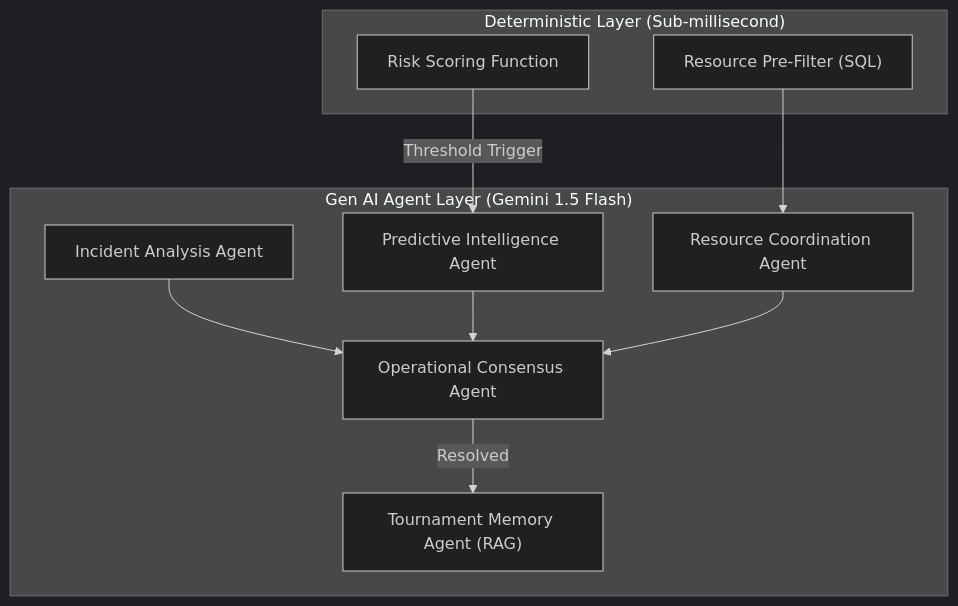
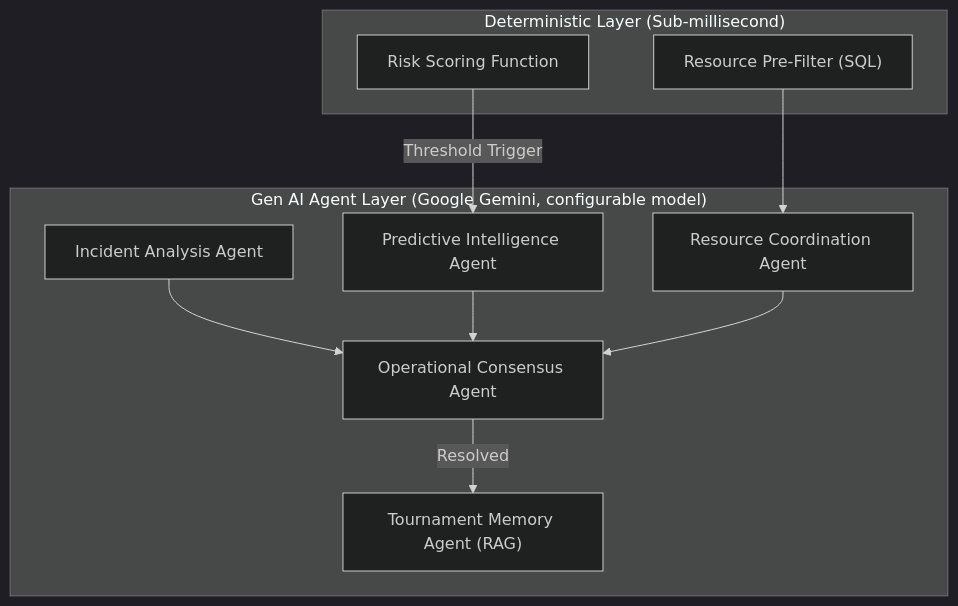
Before and after one commit to JENX-5/StadiumPulse: the second of 2 diagrams in README.md, drawn with Mermaid (dark theme). The commit also changed other lines of this file, not shown here.

````diff
--- a/README.md
+++ b/README.md
@@ -113,22 +142,22 @@
 ```mermaid
 flowchart TB
     subgraph Deterministic["Deterministic Layer (Sub-millisecond)"]
         SCORER["Risk Scoring Function"]
         FILTER["Resource Pre-Filter (SQL)"]
     end
 
-    subgraph LLMAgents["Gen AI Agent Layer (Gemini 1.5 Flash)"]
+    subgraph LLMAgents["Gen AI Agent Layer (Google Gemini, configurable model)"]
         PIA["Predictive Intelligence Agent"]
         IAA["Incident Analysis Agent"]
         RCA["Resource Coordination Agent"]
         OCA["Operational Consensus Agent"]
         TMA["Tournament Memory Agent (RAG)"]
     end
 
     SCORER -- "Threshold Trigger" --> PIA
     IAA --> OCA
     PIA --> OCA
     FILTER --> RCA
     RCA --> OCA
     OCA -- "Resolved" --> TMA
 ```
````
